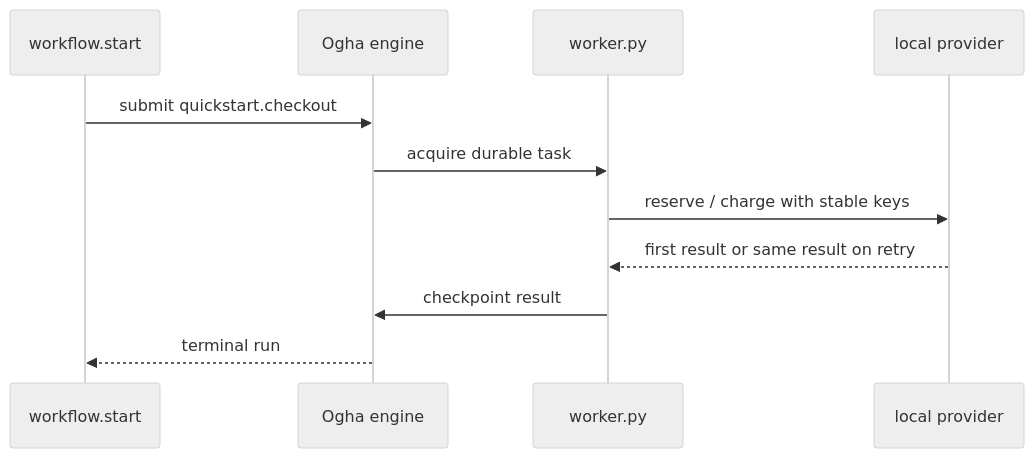
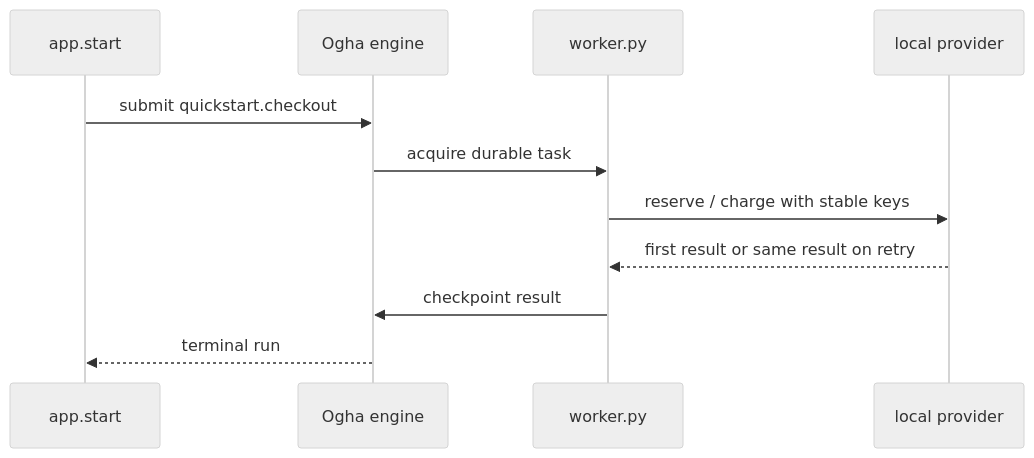
One commit to vedhlabs/sdk-examples changed the first of 2 diagrams in docs/quickstart.md. Above: the diagram before and after it, drawn with Mermaid (neutral theme). The commit also changed other lines of this file and 24 other files, not shown here.

Commit message:
docs: use App-owned workflow starts

````diff
--- a/docs/quickstart.md
+++ b/docs/quickstart.md
@@ -9,13 +9,13 @@
 ```mermaid
 sequenceDiagram
-    participant S as workflow.start
+    participant S as app.start
     participant E as Ogha engine
     participant W as worker.py
     participant P as local provider
     S->>E: submit quickstart.checkout
     E->>W: acquire durable task
     W->>P: reserve / charge with stable keys
     P-->>W: first result or same result on retry
     W->>E: checkpoint result
     E-->>S: terminal run
 ```
````
